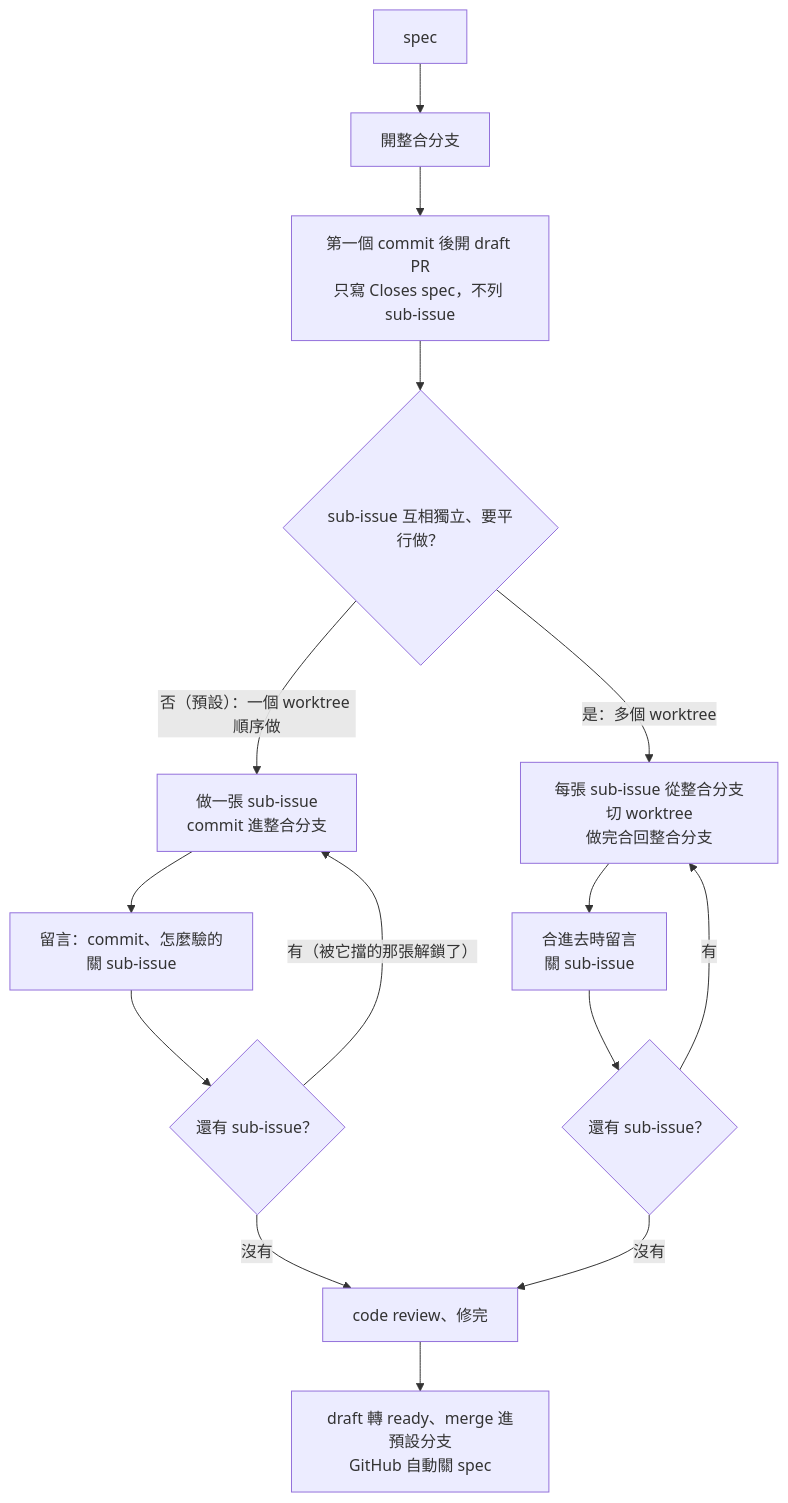
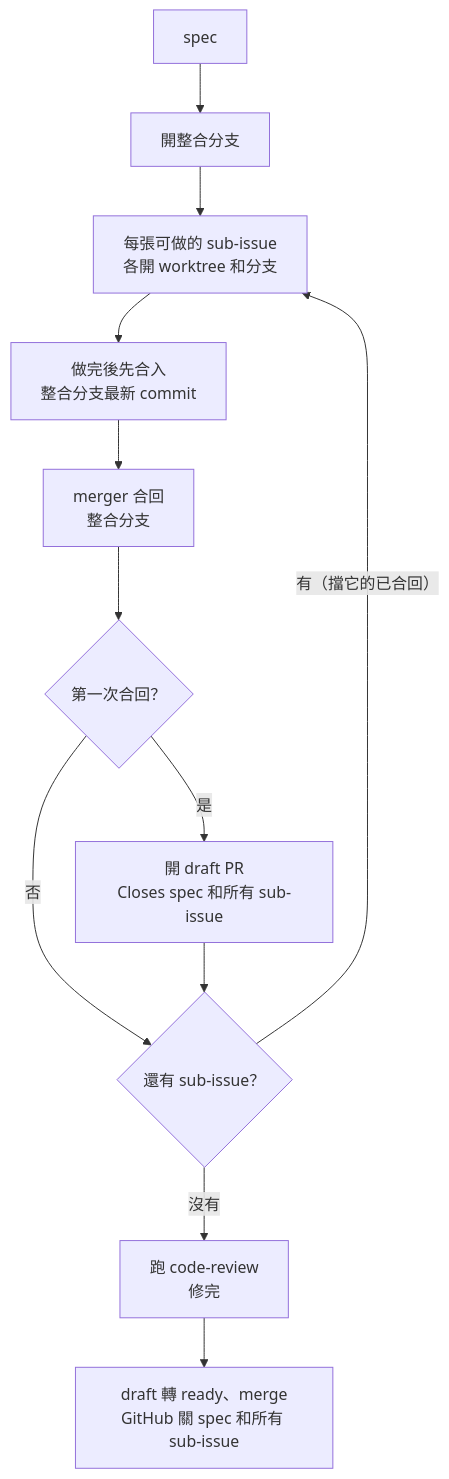
The second of 2 diagrams in docs/issue-lifecycle.md (henry5720/dotfiles), drawn with Mermaid before and after one commit. The commit also changed other lines of this file and 2 other files, not shown here.

Commit message:
docs: /implement-spec 回到上游，PR 一起關 spec 和 sub-issue
- 全域 CLAUDE.md 刪掉「只 Closes spec、sub-issue 進整合分支就關、預設一個 worktree 順序做」三行
- GLOSSARY「整合分支」分開寫兩條路：/implement-spec 由 PR merge 關，runner 合進去就留言關
- docs/issue-lifecycle.md 的 spec 圖照上游重畫，刪掉「sub-issue 不列進 Closes」的說明

````diff
--- a/docs/issue-lifecycle.md
+++ b/docs/issue-lifecycle.md
@@ -20,17 +22,14 @@
 ```mermaid
 flowchart TD
   S["spec"] --> BR["開整合分支"]
-  BR --> DR["第一個 commit 後開 draft PR<br/>只寫 Closes spec，不列 sub-issue"]
-  DR --> Q{"sub-issue 互相獨立、要平行做？"}
-  Q -- "否（預設）：一個 worktree 順序做" --> ONE["做一張 sub-issue<br/>commit 進整合分支"]
-  ONE --> C1["留言：commit、怎麼驗的<br/>關 sub-issue"]
-  C1 --> N1{"還有 sub-issue？"}
-  N1 -- "有（被它擋的那張解鎖了）" --> ONE
-  Q -- "是：多個 worktree" --> MANY["每張 sub-issue 從整合分支切 worktree<br/>做完合回整合分支"]
-  MANY --> C2["合進去時留言<br/>關 sub-issue"]
-  C2 --> N2{"還有 sub-issue？"}
-  N2 -- "有" --> MANY
-  N1 -- "沒有" --> RV["code review、修完"]
-  N2 -- "沒有" --> RV
-  RV --> M["draft 轉 ready、merge 進預設分支<br/>GitHub 自動關 spec"]
+  BR --> W["每張可做的 sub-issue<br/>各開 worktree 和分支"]
+  W --> IM["做完後先合入<br/>整合分支最新 commit"]
+  IM --> MG["merger 合回<br/>整合分支"]
+  MG --> F{"第一次合回？"}
+  F -- "是" --> DR["開 draft PR<br/>Closes spec 和所有 sub-issue"]
+  F -- "否" --> N{"還有 sub-issue？"}
+  DR --> N
+  N -- "有（擋它的已合回）" --> W
+  N -- "沒有" --> RV["跑 code-review<br/>修完"]
+  RV --> M["draft 轉 ready、merge<br/>GitHub 關 spec 和所有 sub-issue"]
 ```
````
